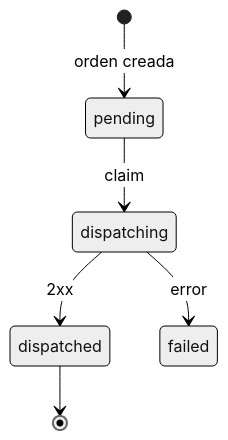
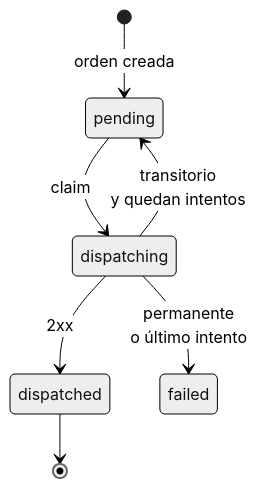
Before and after one commit to cristianrojasalexan/niufoods-orders: the diagram in docs/dispatch.md, drawn with Mermaid (neutral theme). The commit also changed other lines of this file and 10 other files, not shown here.

````diff
--- a/docs/dispatch.md
+++ b/docs/dispatch.md
@@ -13,8 +13,9 @@
 ```mermaid
 stateDiagram-v2
     [*] --> pending: orden creada
     pending --> dispatching: claim
     dispatching --> dispatched: 2xx
-    dispatching --> failed: error
+    dispatching --> pending: transitorio<br/>y quedan intentos
+    dispatching --> failed: permanente<br/>o último intento
     dispatched --> [*]
 ```
````
